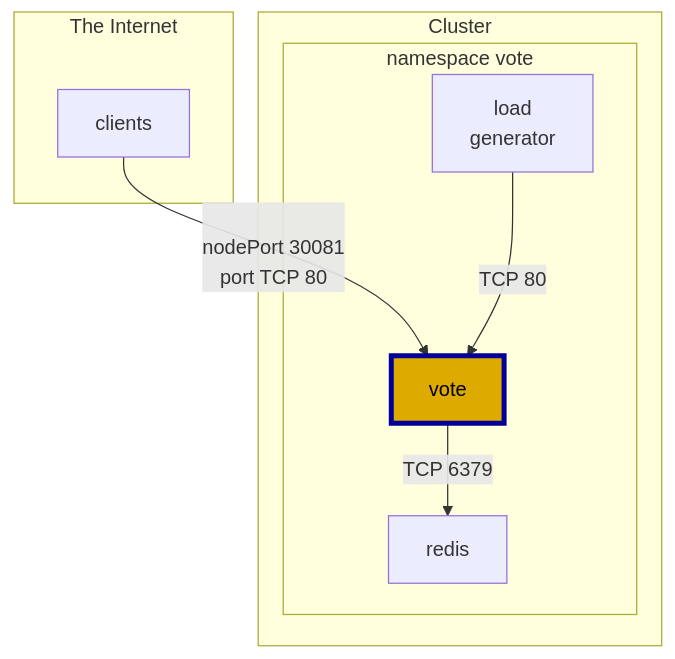
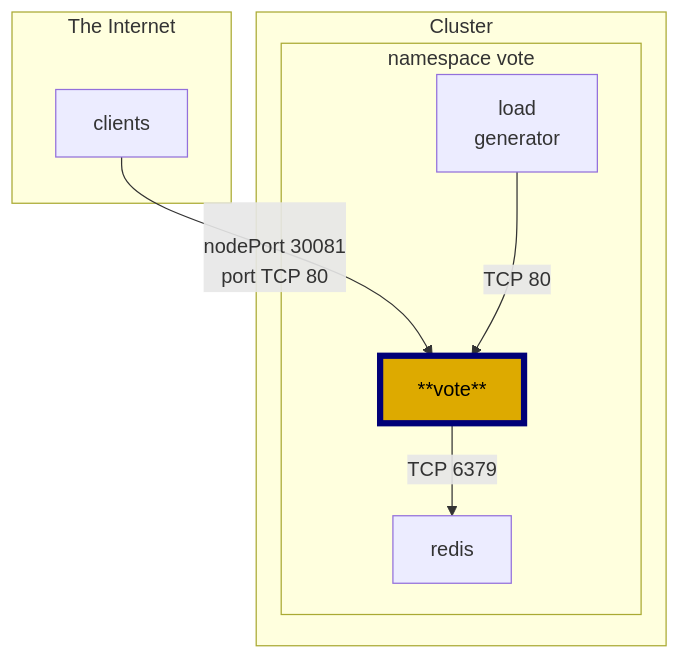
One commit to regisftm/owasp-toronto changed the second of 2 diagrams in README.md. Above: the diagram before and after it, drawn with Mermaid.

````diff
--- a/README.md
+++ b/README.md
@@ -81,17 +81,17 @@
 ```mermaid
 flowchart TD
 subgraph The Internet
     Z[clients]
 end
 Z -->|\nnodePort 30081 \n port TCP 80| B
 subgraph Cluster
     subgraph namespace vote
         A[load\n generator]
-        B[vote]
+        B[**vote**]
         C[redis]
-        style B fill:#da0,stroke:#009,color:#000,stroke-width:4px
+        style B fill:#da0,stroke:#007,color:#000,stroke-width:5px
     end
     A -->|TCP 80| B
     B -->|TCP 6379| C
 end
 ```
````
